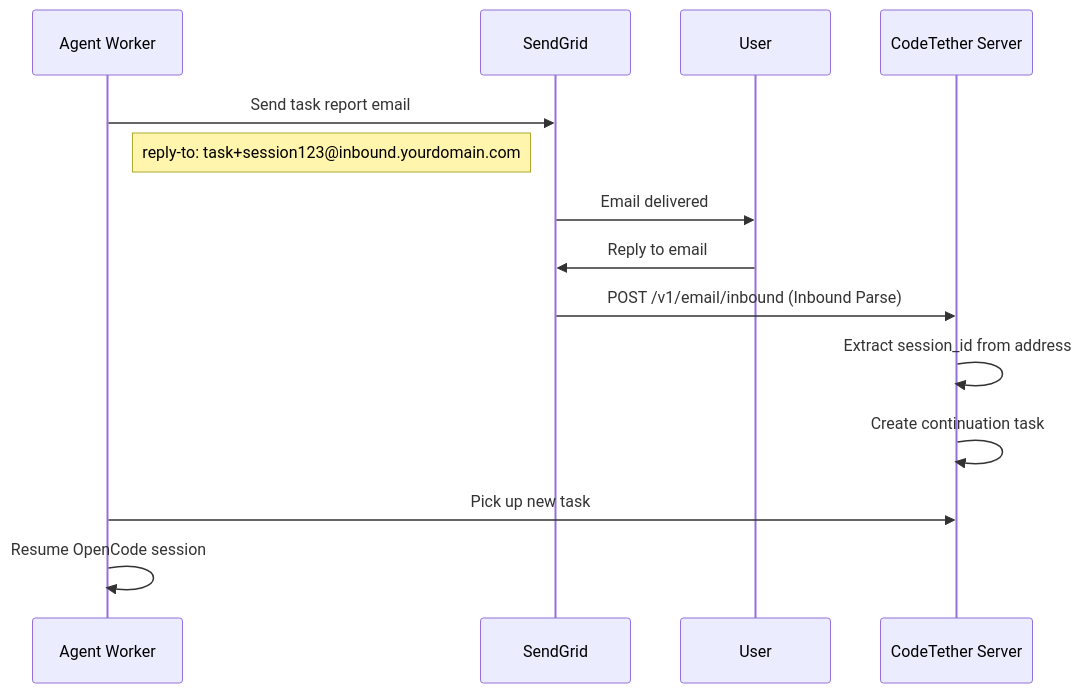
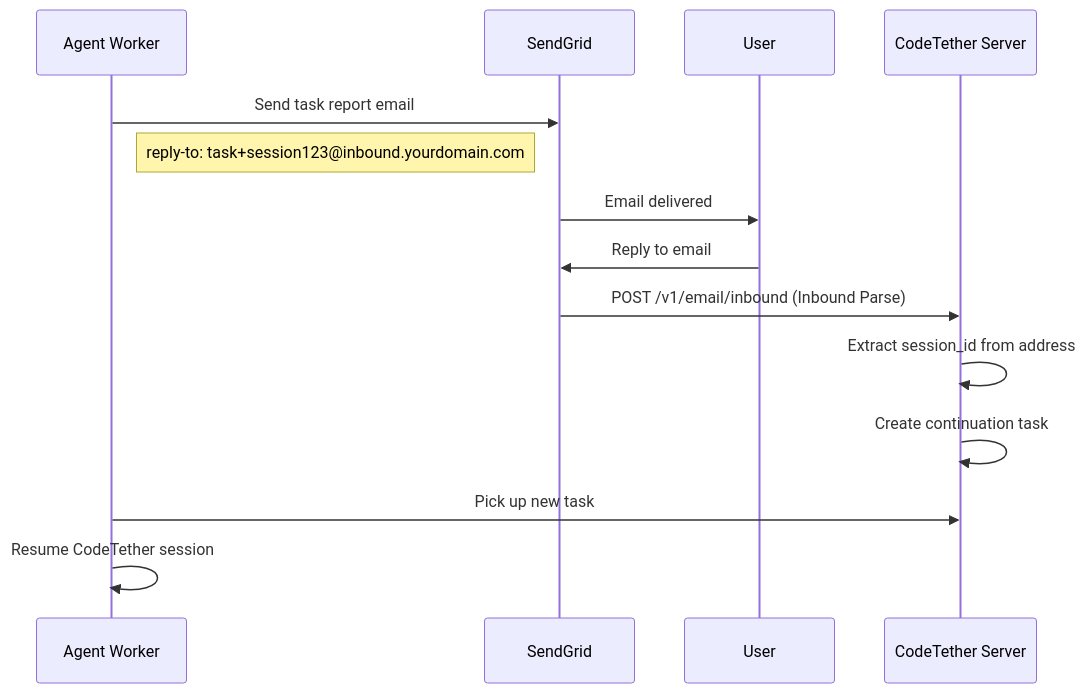
Before and after one commit to rileyseaburg/codetether: the second of 2 diagrams in codetether-docs/features/agent-worker.md, drawn with Mermaid. The commit also changed other lines of this file and 26 other files, not shown here.

````diff
--- a/codetether-docs/features/agent-worker.md
+++ b/codetether-docs/features/agent-worker.md
@@ -459,17 +459,17 @@
 ```mermaid
 sequenceDiagram
     participant Worker as Agent Worker
     participant SendGrid as SendGrid
     participant User as User
     participant Server as CodeTether Server
 
     Worker->>SendGrid: Send task report email
     Note right of Worker: reply-to: task+session123@inbound.yourdomain.com
     SendGrid->>User: Email delivered
     User->>SendGrid: Reply to email
     SendGrid->>Server: POST /v1/email/inbound (Inbound Parse)
     Server->>Server: Extract session_id from address
     Server->>Server: Create continuation task
     Worker->>Server: Pick up new task
-    Worker->>Worker: Resume OpenCode session
+    Worker->>Worker: Resume CodeTether session
 ```
````
